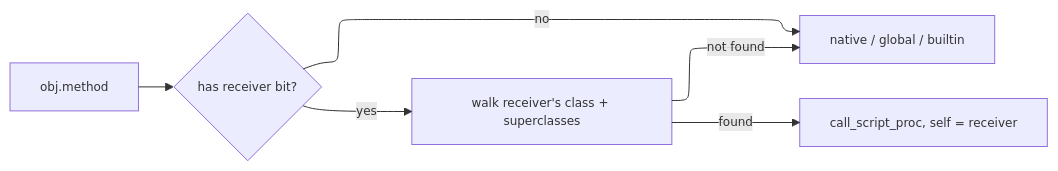
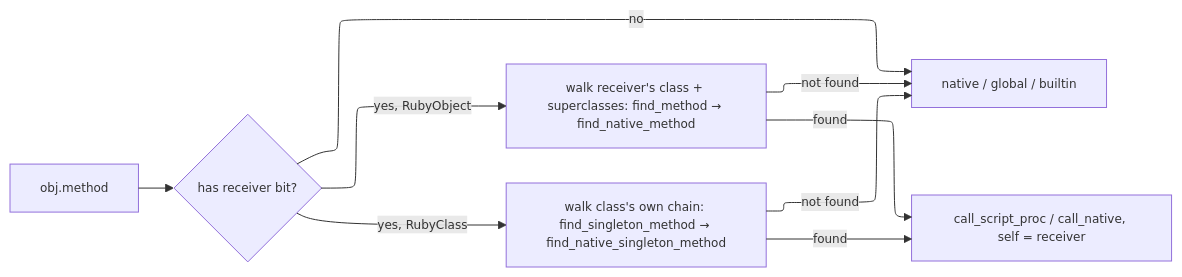
Before and after one commit to ModelArmy/adjutant.cr: the fifth of 12 diagrams in DEVELOPMENT.md, drawn with Mermaid. The commit also changed other lines of this file and 15 other files, not shown here.

````diff
--- a/DEVELOPMENT.md
+++ b/DEVELOPMENT.md
@@ -253,15 +255,18 @@
 ```mermaid
 ---
 displayMode: compact
 config:
   layout: elk
   themeVariables:
     fontSize: 12px
 ---
 flowchart LR
     A[obj.method] --> B{has receiver bit?}
     B -->|no| C[native / global / builtin]
-    B -->|yes| D[walk receiver's class + superclasses]
-    D -->|found| E[call_script_proc, self = receiver]
+    B -->|yes, RubyObject| D[walk receiver's class + superclasses: find_method → find_native_method]
+    B -->|yes, RubyClass| F[walk class's own chain: find_singleton_method → find_native_singleton_method]
+    D -->|found| E[call_script_proc / call_native, self = receiver]
     D -->|not found| C
+    F -->|found| E
+    F -->|not found| C
 ```
````
